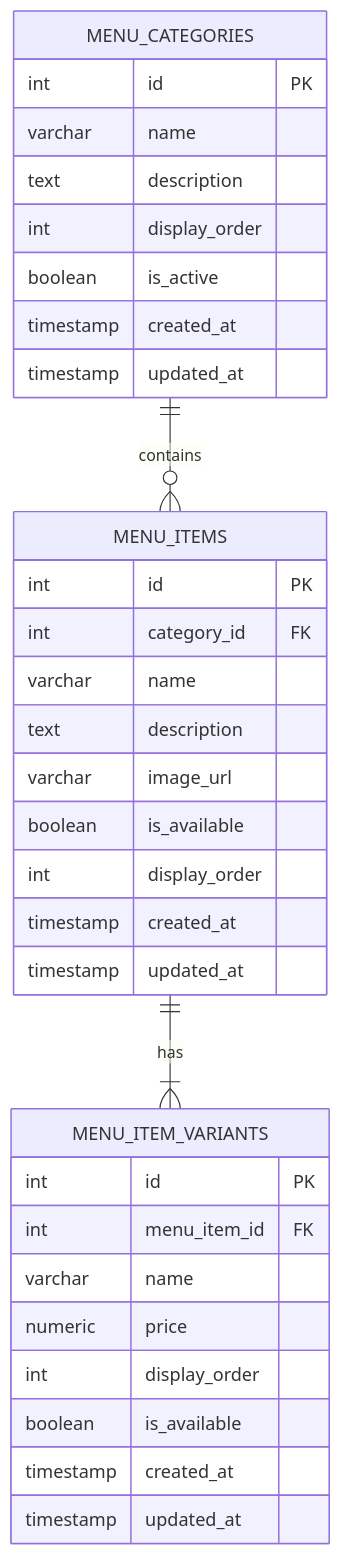
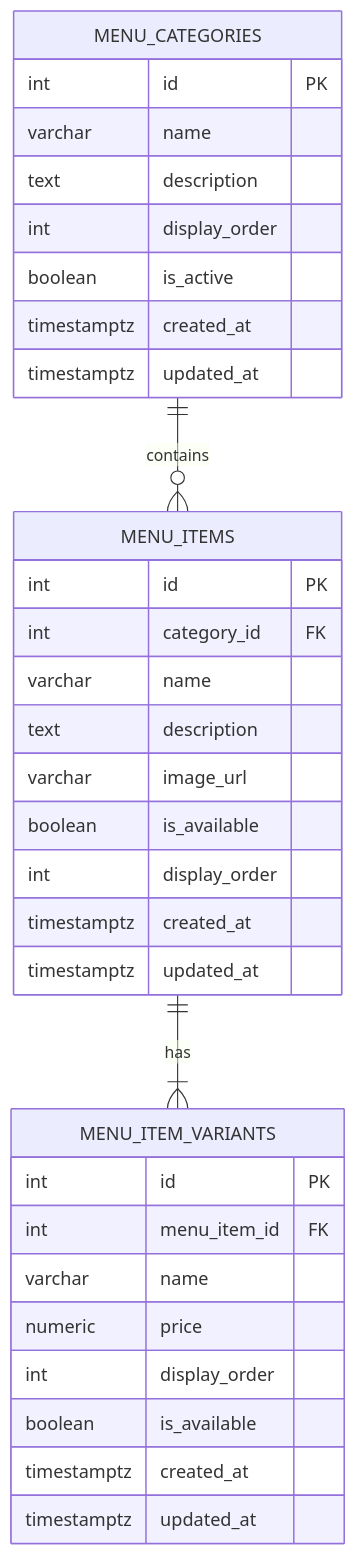
Before and after one commit to marcel04/georgios: the diagram in docs/database/menu-schema.md, drawn with Mermaid. The commit also changed other lines of this file, not shown here.

````diff
--- a/docs/database/menu-schema.md
+++ b/docs/database/menu-schema.md
@@ -256,38 +320,38 @@
 ```mermaid
 erDiagram
     MENU_CATEGORIES ||--o{ MENU_ITEMS : contains
     MENU_ITEMS ||--|{ MENU_ITEM_VARIANTS : has
 
     MENU_CATEGORIES {
         int id PK
         varchar name
         text description
         int display_order
         boolean is_active
-        timestamp created_at
-        timestamp updated_at
+        timestamptz created_at
+        timestamptz updated_at
     }
 
     MENU_ITEMS {
         int id PK
         int category_id FK
         varchar name
         text description
         varchar image_url
         boolean is_available
         int display_order
-        timestamp created_at
-        timestamp updated_at
+        timestamptz created_at
+        timestamptz updated_at
     }
 
     MENU_ITEM_VARIANTS {
         int id PK
         int menu_item_id FK
         varchar name
         numeric price
         int display_order
         boolean is_available
-        timestamp created_at
-        timestamp updated_at
+        timestamptz created_at
+        timestamptz updated_at
     }
 ```
````
